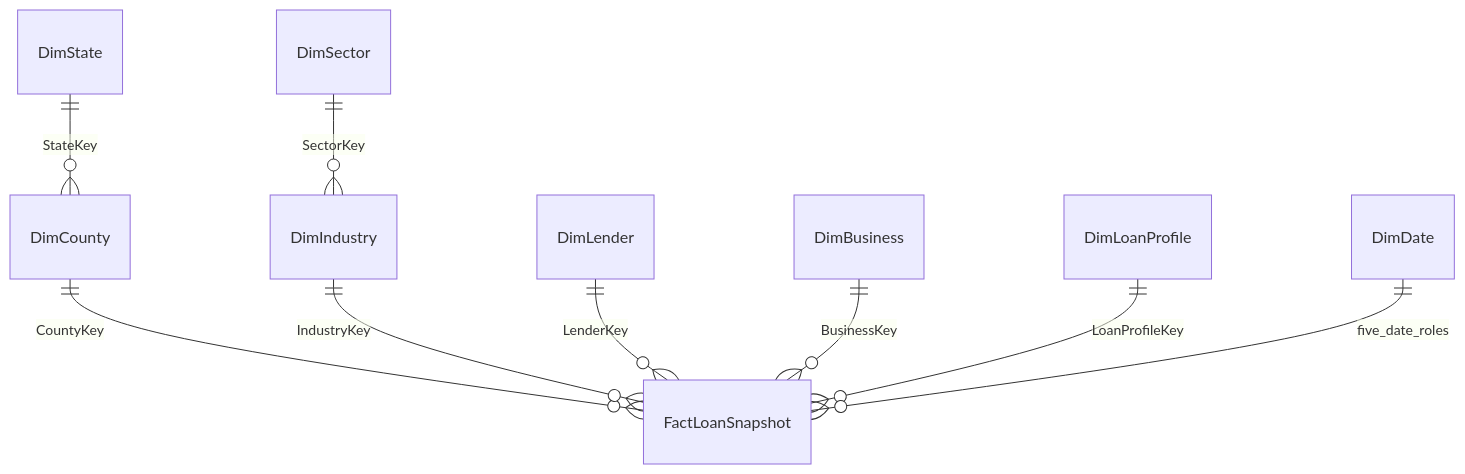
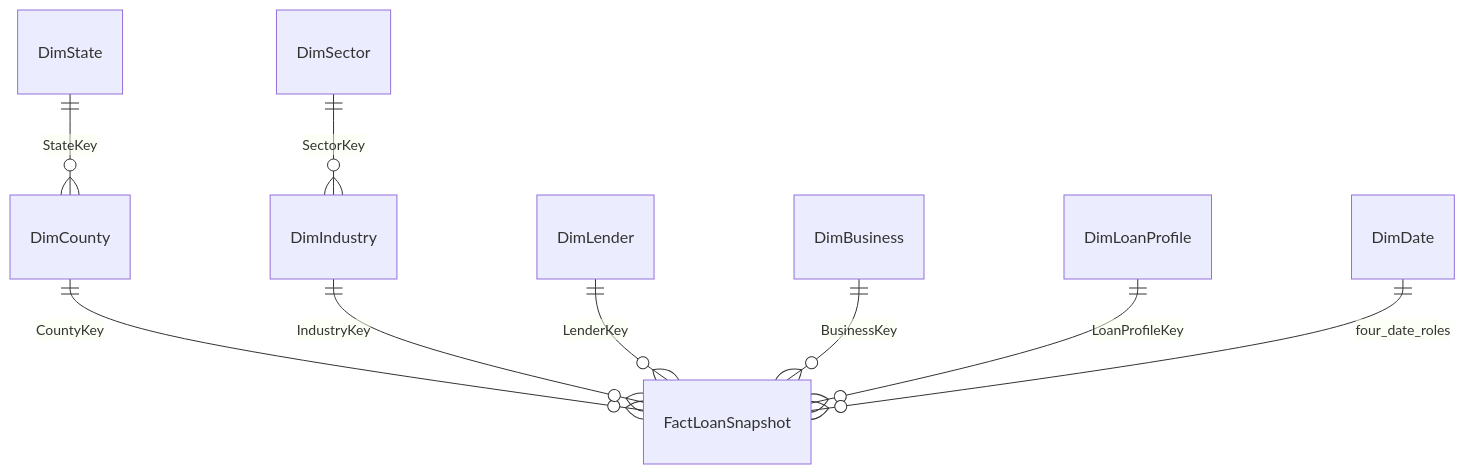
Before and after one commit to Paulhoang8326/sba-7a-dwh-olap: the diagram in docs/02_warehouse_design.md, drawn with Mermaid. The commit also changed other lines of this file and 6 other files, not shown here.

Commit message:
refactor(dwh): remove redundant AsOfDateKey from FactLoanSnapshot and cube

````diff
--- a/docs/02_warehouse_design.md
+++ b/docs/02_warehouse_design.md
@@ -7,11 +7,11 @@
 ```mermaid
 erDiagram
     DimState ||--o{ DimCounty : StateKey
     DimCounty ||--o{ FactLoanSnapshot : CountyKey
     DimSector ||--o{ DimIndustry : SectorKey
     DimIndustry ||--o{ FactLoanSnapshot : IndustryKey
     DimLender ||--o{ FactLoanSnapshot : LenderKey
     DimBusiness ||--o{ FactLoanSnapshot : BusinessKey
     DimLoanProfile ||--o{ FactLoanSnapshot : LoanProfileKey
-    DimDate ||--o{ FactLoanSnapshot : five_date_roles
+    DimDate ||--o{ FactLoanSnapshot : four_date_roles
 ```
````
